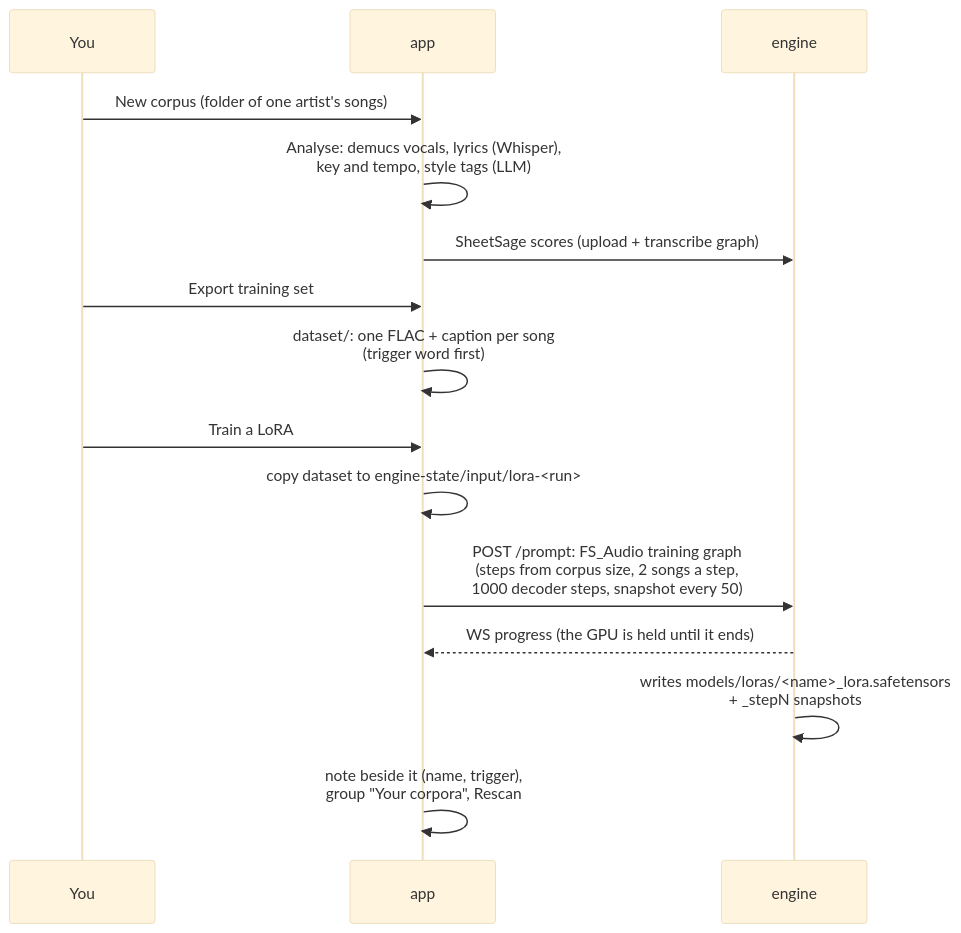
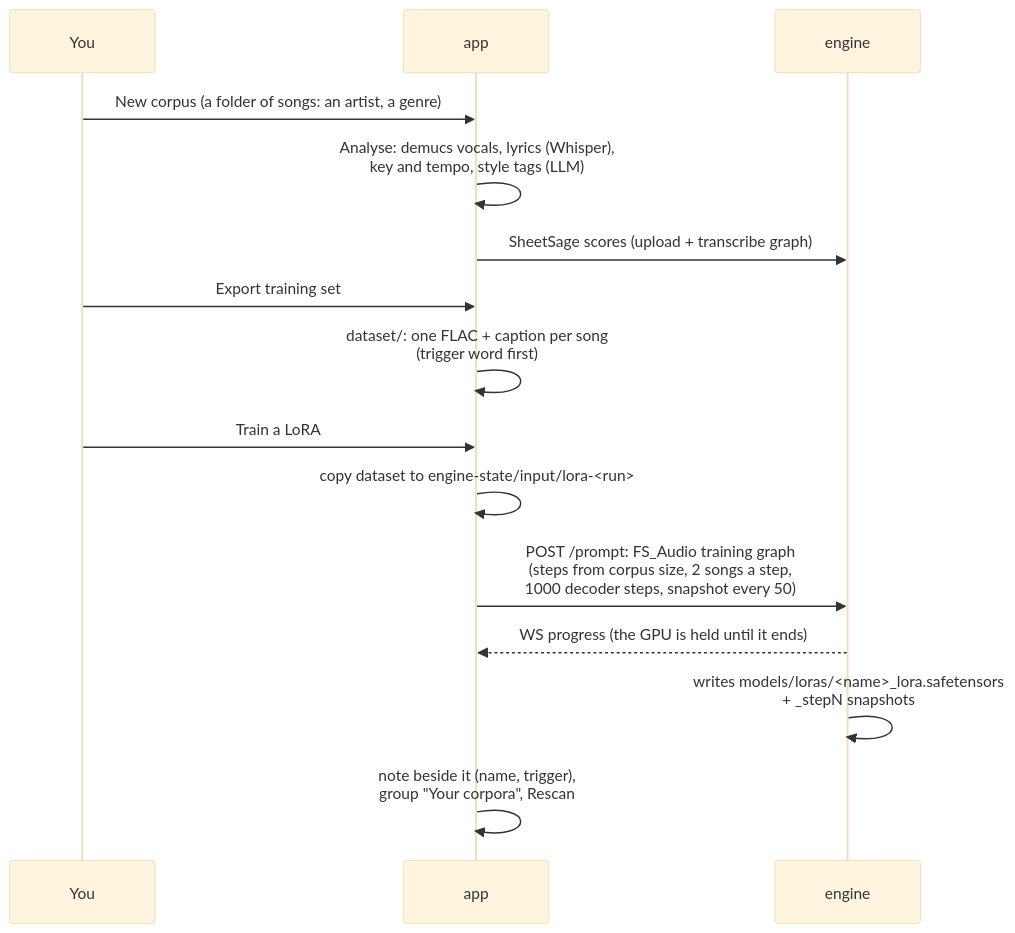
Before and after one commit to dynamohum/YuE2gen-studio: the eighth of 8 diagrams in docs/ARCHITECTURE.md, drawn with Mermaid (base theme). The commit also changed 1 other file, not shown here.

Commit message:
README: an Environment variables section, with the training settings
The settings someone might change, grouped as the app and training, with how to
set them in compose.override.yml or on Windows. The training ones were documented
only in code: the step floor and passes, checkpoint spacing, how much of each song
is used, and the two ranks.

````diff
--- a/docs/ARCHITECTURE.md
+++ b/docs/ARCHITECTURE.md
@@ -328,17 +328,17 @@
 ```mermaid
 sequenceDiagram
     participant U as You
     participant A as app
     participant E as engine
-    U->>A: New corpus (folder of one artist's songs)
+    U->>A: New corpus (a folder of songs: an artist, a genre)
     A->>A: Analyse: demucs vocals, lyrics (Whisper),<br/>key and tempo, style tags (LLM)
     A->>E: SheetSage scores (upload + transcribe graph)
     U->>A: Export training set
     A->>A: dataset/: one FLAC + caption per song<br/>(trigger word first)
     U->>A: Train a LoRA
     A->>A: copy dataset to engine-state/input/lora-<run>
     A->>E: POST /prompt: FS_Audio training graph<br/>(steps from corpus size, 2 songs a step,<br/>1000 decoder steps, snapshot every 50)
     E-->>A: WS progress (the GPU is held until it ends)
     E->>E: writes models/loras/<name>_lora.safetensors<br/>+ _stepN snapshots
     A->>A: note beside it (name, trigger),<br/>group "Your corpora", Rescan
 ```
````
